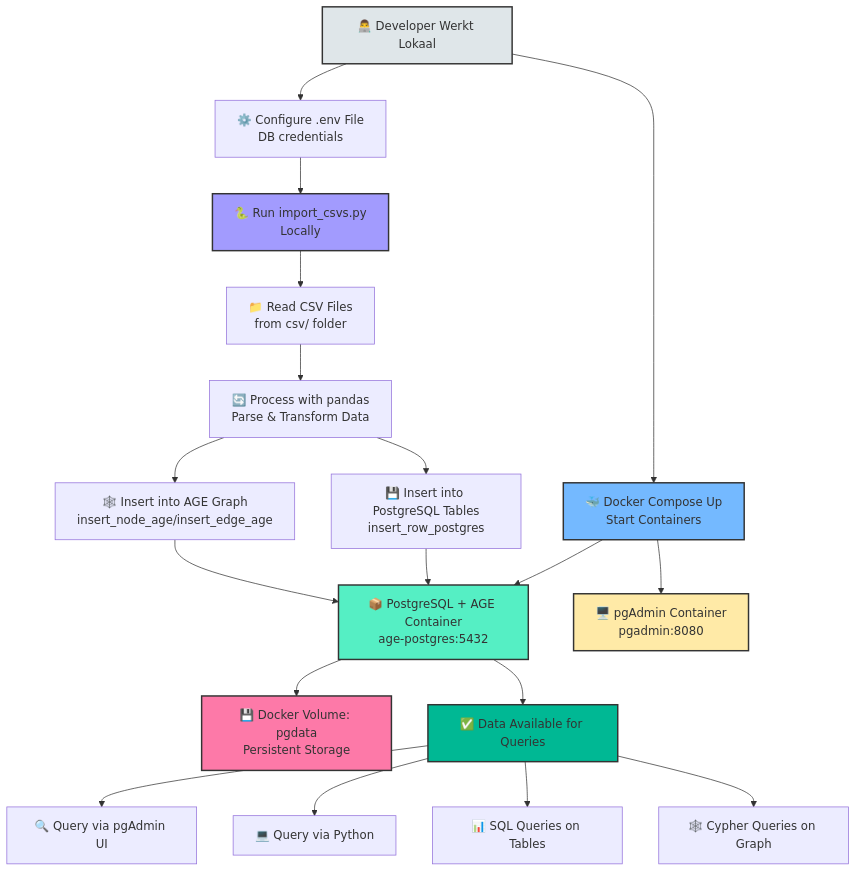
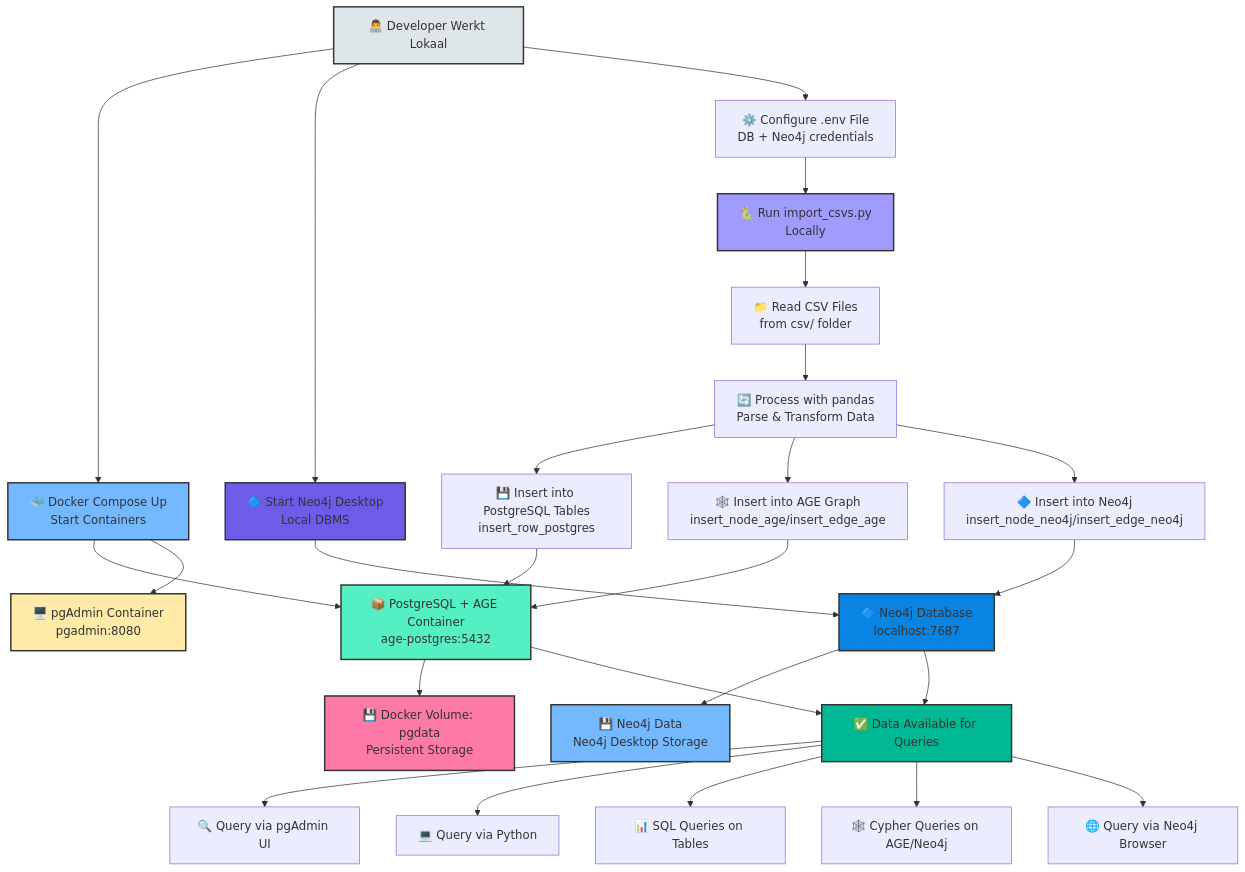
One commit to JaroWagener/test_cicd_mobilab changed the second of 7 diagrams in SETUP.md. Above: the diagram before and after it, drawn with Mermaid. The commit also changed other lines of this file, not shown here.

````diff
--- a/SETUP.md
+++ b/SETUP.md
@@ -814,28 +821,38 @@
 ```mermaid
 graph TD
     A[👨‍💻 Developer Werkt Lokaal] --> B[🐳 Docker Compose Up<br/>Start Containers]
+    A --> B2[🔷 Start Neo4j Desktop<br/>Local DBMS]
     B --> C1[📦 PostgreSQL + AGE Container<br/>age-postgres:5432]
     B --> C2[🖥️ pgAdmin Container<br/>pgadmin:8080]
+    B2 --> C3[🔷 Neo4j Database<br/>localhost:7687]
     C1 --> D[💾 Docker Volume: pgdata<br/>Persistent Storage]
-    A --> E[⚙️ Configure .env File<br/>DB credentials]
+    C3 --> D2[💾 Neo4j Data<br/>Neo4j Desktop Storage]
+    A --> E[⚙️ Configure .env File<br/>DB + Neo4j credentials]
     E --> F[🐍 Run import_csvs.py<br/>Locally]
     F --> G[📁 Read CSV Files<br/>from csv/ folder]
     G --> H[🔄 Process with pandas<br/>Parse & Transform Data]
     H --> I1[💾 Insert into PostgreSQL Tables<br/>insert_row_postgres]
     H --> I2[🕸️ Insert into AGE Graph<br/>insert_node_age/insert_edge_age]
+    H --> I3[🔷 Insert into Neo4j<br/>insert_node_neo4j/insert_edge_neo4j]
     I1 --> C1
     I2 --> C1
+    I3 --> C3
     C1 --> J[✅ Data Available for Queries]
+    C3 --> J
     J --> K[🔍 Query via pgAdmin UI]
     J --> L[💻 Query via Python]
     J --> M[📊 SQL Queries on Tables]
-    J --> N[🕸️ Cypher Queries on Graph]
+    J --> N[🕸️ Cypher Queries on AGE/Neo4j]
+    J --> O[🌐 Query via Neo4j Browser]
     
     style A fill:#dfe6e9,stroke:#333,stroke-width:2px
     style B fill:#74b9ff,stroke:#333,stroke-width:2px
+    style B2 fill:#6c5ce7,stroke:#333,stroke-width:2px
     style C1 fill:#55efc4,stroke:#333,stroke-width:2px
     style C2 fill:#ffeaa7,stroke:#333,stroke-width:2px
+    style C3 fill:#0984e3,stroke:#333,stroke-width:2px
     style D fill:#fd79a8,stroke:#333,stroke-width:2px
+    style D2 fill:#74b9ff,stroke:#333,stroke-width:2px
     style F fill:#a29bfe,stroke:#333,stroke-width:2px
     style J fill:#00b894,stroke:#333,stroke-width:2px
 ```
````
